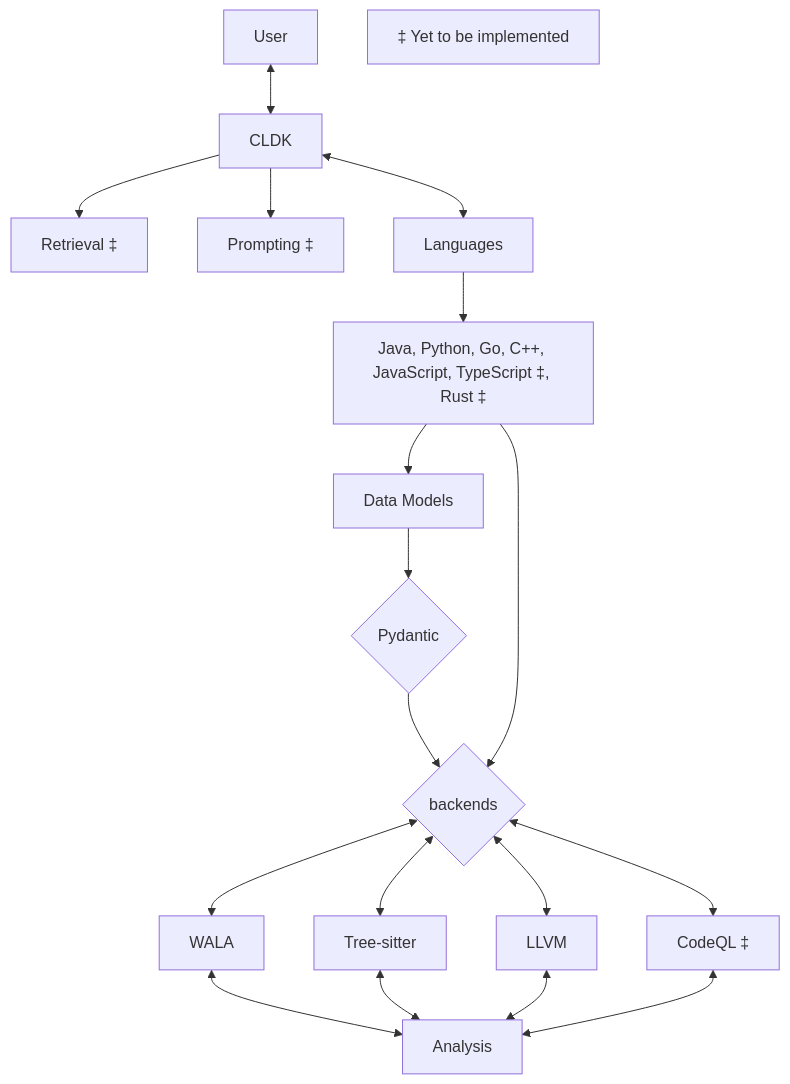
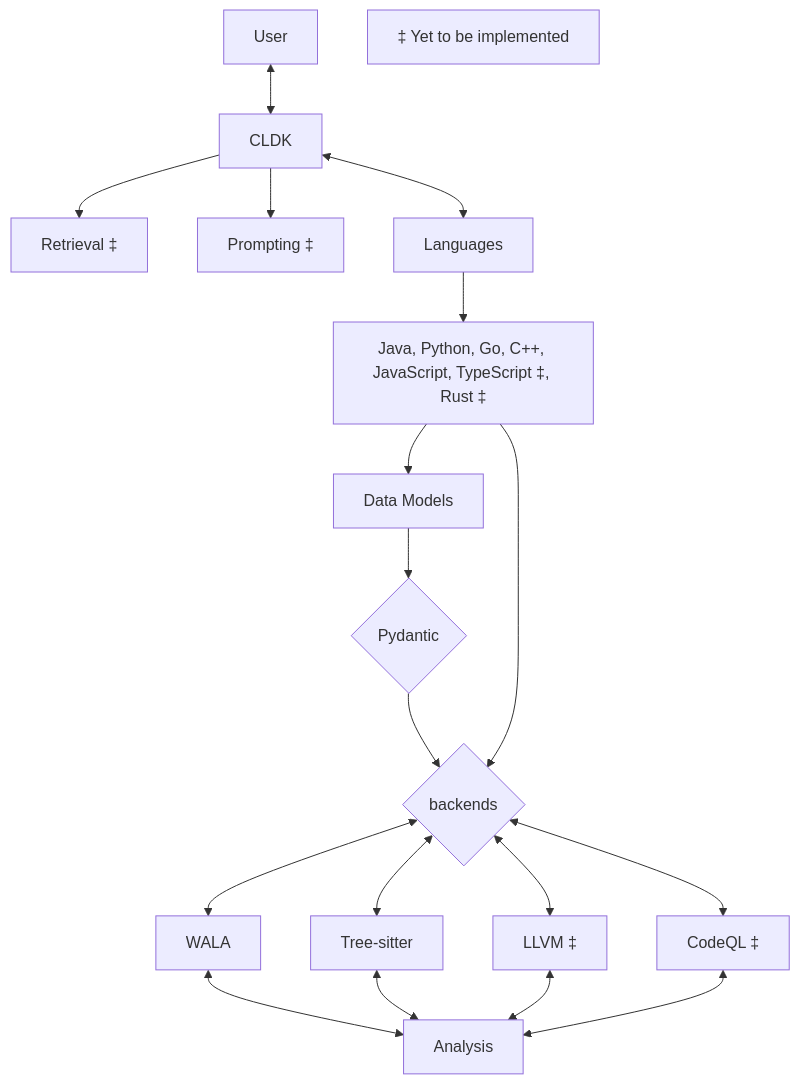
One commit to IBM/codellm-devkit changed the diagram in README.md. Above: the diagram before and after it, drawn with Mermaid.

````diff
--- a/README.md
+++ b/README.md
@@ -52,24 +52,24 @@
 ```mermaid
 graph TD
 User <--> A[CLDK]
     A --> 15[Retrieval ‡]
     A --> 16[Prompting ‡]
     A[CLDK] <--> B[Languages]
         B --> C[Java, Python, Go, C++, JavaScript, TypeScript ‡, Rust ‡]
             C --> D[Data Models]
                 D --> 13{Pydantic}
             13 --> 7            
             C --> 7{backends}
                 7 <--> 9[WALA]
                     9 <--> 14[Analysis]
                 7 <--> 10[Tree-sitter] 
                     10 <--> 14[Analysis]
-                7 <--> 11[LLVM]
+                7 <--> 11[LLVM ‡]
                     11 <--> 14[Analysis]
                 7 <--> 12[CodeQL ‡]
                     12 <--> 14[Analysis]
 
     
 
 X[‡ Yet to be implemented]
 ```
````
